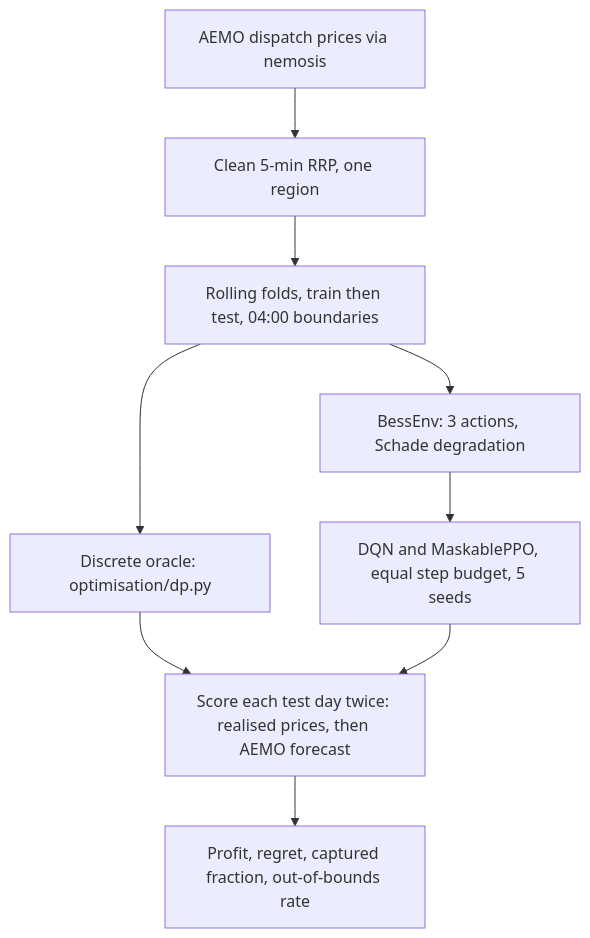
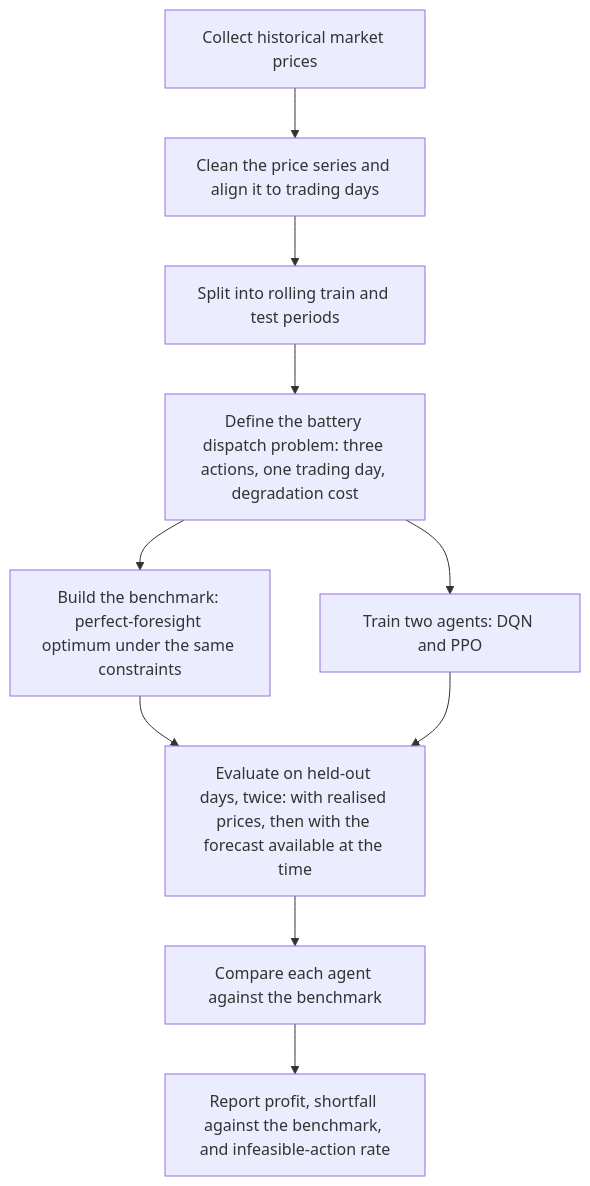
The first of 4 diagrams in docs/methodology.md (toms55/IntelligentDispatch), drawn with Mermaid before and after one commit. The commit also changed other lines of this file, not shown here.

Commit message:
docs: state the overview diagram as a paper methodology, not a code map
The first version named modules and libraries, which belongs in the detail
sections. Restate it as the stages of the method: collect prices, define the
problem, build the perfect-foresight benchmark and train the two agents on the
same problem, evaluate on held-out days under both price sources, then compare.

````diff
--- a/docs/methodology.md
+++ b/docs/methodology.md
@@ -8,20 +7,21 @@
 ```mermaid
 flowchart TB
-    AEMO[AEMO dispatch prices via nemosis]
-    CLEAN[Clean 5-min RRP, one region]
-    FOLDS[Rolling folds, train then test, 04:00 boundaries]
+    D[Collect historical market prices]
+    P[Clean the price series and align it to trading days]
+    S[Split into rolling train and test periods]
+    M[Define the battery dispatch problem: three actions, one trading day, degradation cost]
 
-    DP[Discrete oracle: optimisation/dp.py]
-    ENV[BessEnv: 3 actions, Schade degradation]
-    AGENT[DQN and MaskablePPO, equal step budget, 5 seeds]
+    B[Build the benchmark: perfect-foresight optimum under the same constraints]
+    T[Train two agents: DQN and PPO]
 
-    SCORE[Score each test day twice: realised prices, then AEMO forecast]
-    OUT[Profit, regret, captured fraction, out-of-bounds rate]
+    E[Evaluate on held-out days, twice: with realised prices, then with the forecast available at the time]
+    C[Compare each agent against the benchmark]
+    R[Report profit, shortfall against the benchmark, and infeasible-action rate]
 
-    AEMO --> CLEAN --> FOLDS
-    FOLDS --> DP
-    FOLDS --> ENV --> AGENT
-    DP --> SCORE
-    AGENT --> SCORE
-    SCORE --> OUT
+    D --> P --> S --> M
+    M --> B
+    M --> T
+    B --> E
+    T --> E
+    E --> C --> R
 ```
````
